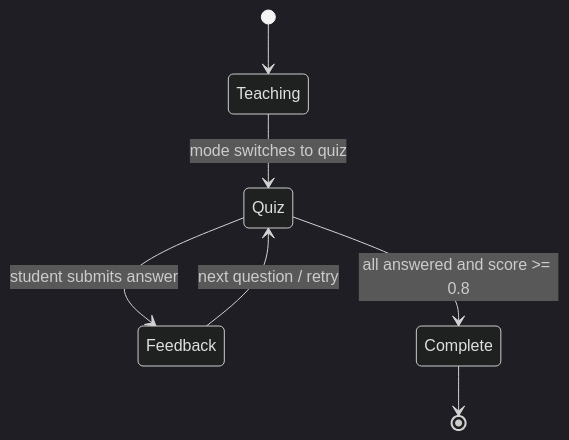
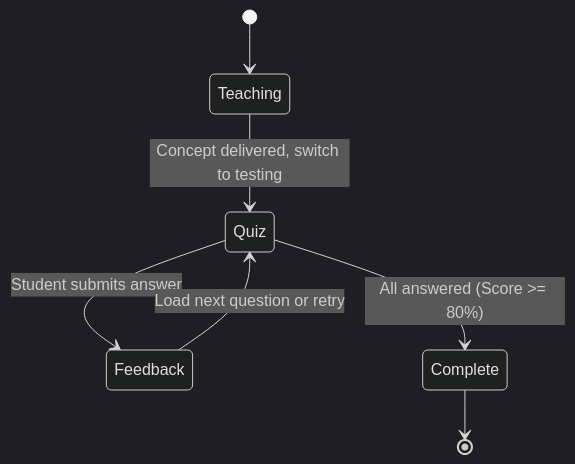
Before and after one commit to madhav-gfn/teacher_ji: the second of 2 diagrams in README.md, drawn with Mermaid (dark theme). The commit also changed other lines of this file, not shown here.

````diff
--- a/README.md
+++ b/README.md
@@ -59,9 +57,9 @@
 ```mermaid
 stateDiagram-v2
     [*] --> Teaching
-    Teaching --> Quiz: mode switches to quiz
-    Quiz --> Feedback: student submits answer
-    Feedback --> Quiz: next question / retry
-    Quiz --> Complete: all answered and score >= 0.8
+    Teaching --> Quiz: Concept delivered, switch to testing
+    Quiz --> Feedback: Student submits answer
+    Feedback --> Quiz: Load next question or retry
+    Quiz --> Complete: All answered (Score >= 80%)
     Complete --> [*]
 ```
````
